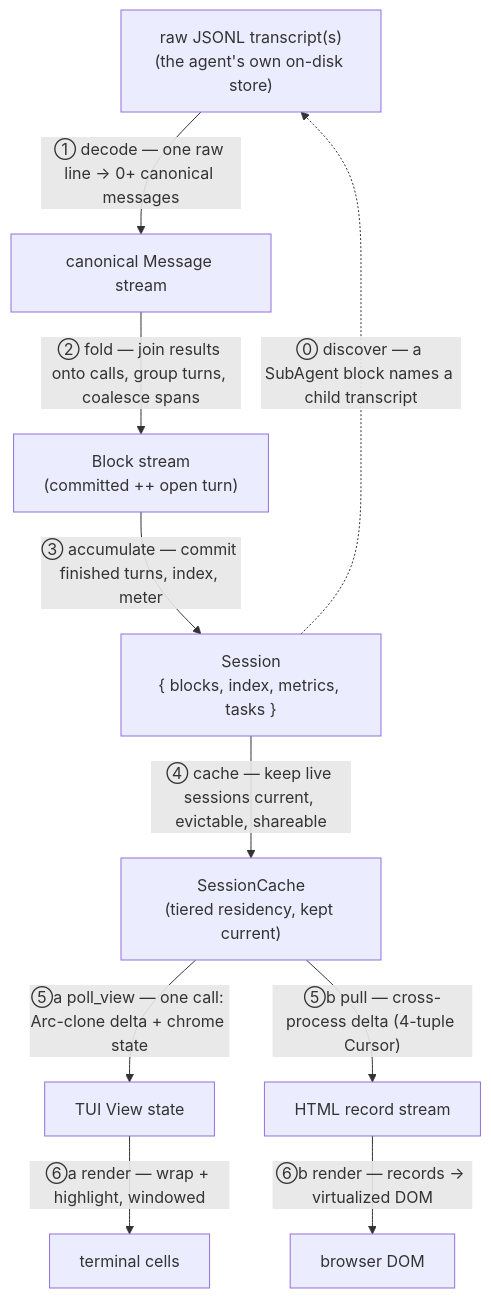
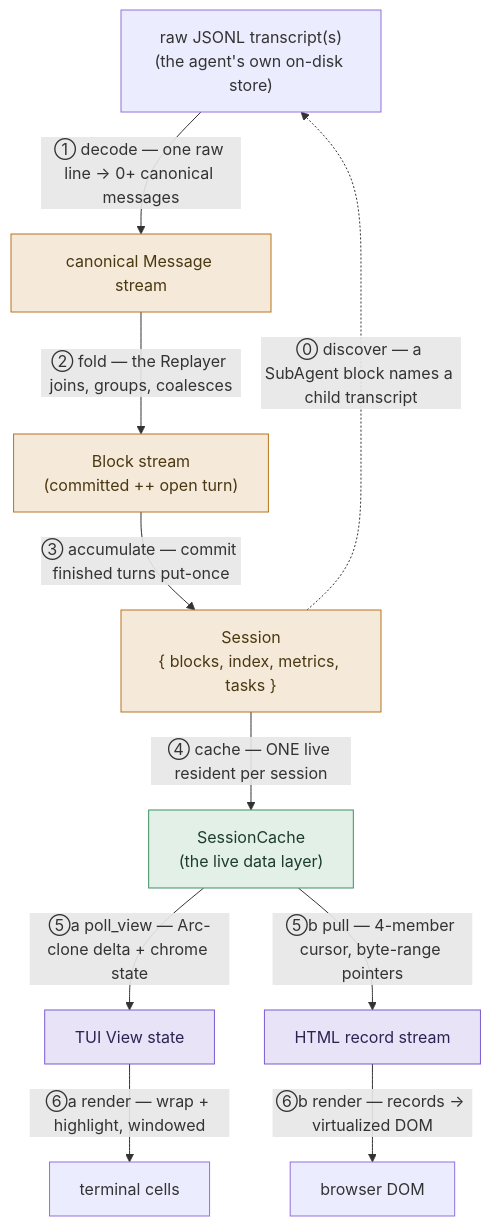
One commit to tanghong123/claude-replay changed the diagram in docs/architecture.md. Above: the diagram before and after it, drawn with Mermaid. The commit also changed other lines of this file and 5 other files, not shown here.

First line of the commit message:
feat: into_session (zero-copy batch ending) + architecture doc restructure

````diff
--- a/docs/architecture.md
+++ b/docs/architecture.md
@@ -84,22 +88,25 @@
 ```mermaid
 flowchart TB
+  classDef engine fill:#f5ead9,stroke:#b9741f,color:#4a3812
+  classDef support fill:#e2f0e8,stroke:#3f9163,color:#1d3c2b
+  classDef front fill:#e9e3f8,stroke:#7a5bd0,color:#2d2352
   RAW["raw JSONL transcript(s)<br/>(the agent's own on-disk store)"]
-  MSG["canonical Message stream"]
-  BLK["Block stream<br/>(committed ++ open turn)"]
-  SES["Session<br/>{ blocks, index, metrics, tasks }"]
-  CACHE["SessionCache<br/>(tiered residency, kept current)"]
-  TUI["TUI View state"]
-  HTMLR["HTML record stream"]
+  MSG["canonical Message stream"]:::engine
+  BLK["Block stream<br/>(committed ++ open turn)"]:::engine
+  SES["Session<br/>{ blocks, index, metrics, tasks }"]:::engine
+  CACHE["SessionCache<br/>(the live data layer)"]:::support
+  TUI["TUI View state"]:::front
+  HTMLR["HTML record stream"]:::front
   TERM["terminal cells"]
   DOM["browser DOM"]
 
   RAW  -->|"① decode — one raw line → 0+ canonical messages"| MSG
-  MSG  -->|"② fold — join results onto calls, group turns, coalesce spans"| BLK
-  BLK  -->|"③ accumulate — commit finished turns, index, meter"| SES
-  SES  -->|"④ cache — keep live sessions current, evictable, shareable"| CACHE
-  CACHE -->|"⑤a poll_view — one call: Arc-clone delta + chrome state"| TUI
-  CACHE -->|"⑤b pull — cross-process delta (4-tuple Cursor)"| HTMLR
+  MSG  -->|"② fold — the Replayer joins, groups, coalesces"| BLK
+  BLK  -->|"③ accumulate — commit finished turns put-once"| SES
+  SES  -->|"④ cache — ONE live resident per session"| CACHE
+  CACHE -->|"⑤a poll_view — Arc-clone delta + chrome state"| TUI
+  CACHE -->|"⑤b pull — 4-member cursor, byte-range pointers"| HTMLR
   TUI  -->|"⑥a render — wrap + highlight, windowed"| TERM
   HTMLR -->|"⑥b render — records → virtualized DOM"| DOM
   SES  -.->|"⓪ discover — a SubAgent block names a child transcript"| RAW
 ```
````
